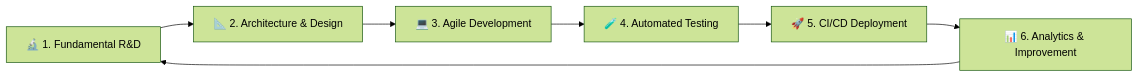
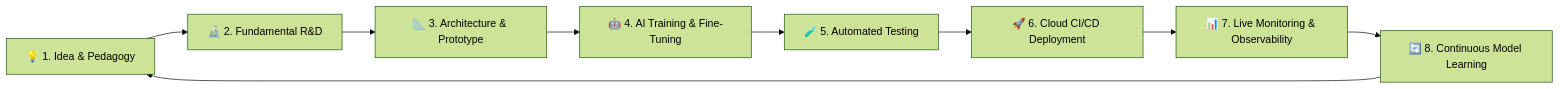
Before and after one commit to litera-intelligence/.github: the third of 3 diagrams in README.md, drawn with Mermaid (forest theme). The commit also changed other lines of this file, not shown here.

````diff
--- a/README.md
+++ b/README.md
@@ -192,9 +269,11 @@
 ```mermaid
 graph LR
-    R["🔬 1. Fundamental R&D"] --> D["📐 2. Architecture & Design"]
-    D --> C["💻 3. Agile Development"]
-    C --> T["🧪 4. Automated Testing"]
-    T --> P["🚀 5. CI/CD Deployment"]
-    P --> M["📊 6. Analytics & Improvement"]
-    M --> R
+    A["💡 1. Idea & Pedagogy"] --> B["🔬 2. Fundamental R&D"]
+    B --> C["📐 3. Architecture & Prototype"]
+    C --> D["🤖 4. AI Training & Fine-Tuning"]
+    D --> E["🧪 5. Automated Testing"]
+    E --> F["🚀 6. Cloud CI/CD Deployment"]
+    F --> G["📊 7. Live Monitoring & Observability"]
+    G --> H["🔄 8. Continuous Model Learning"]
+    H --> A
 ```
````
